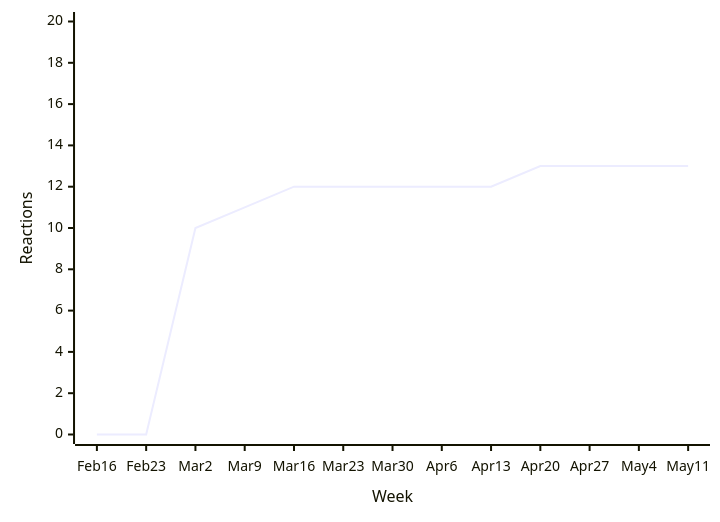
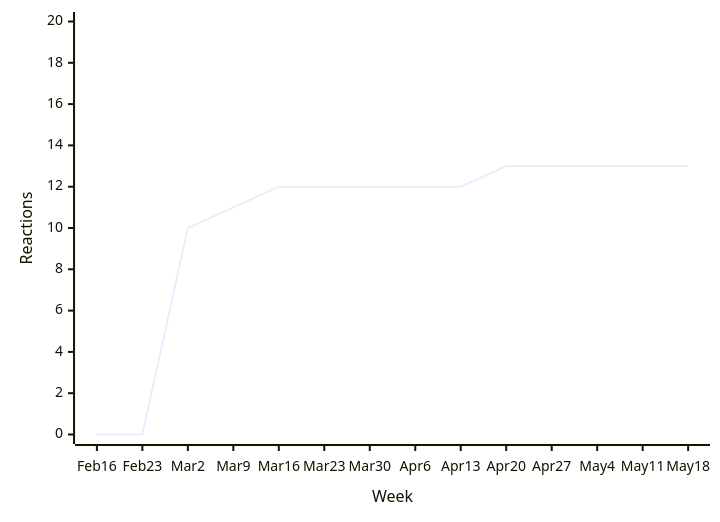
One commit to loic-sharma/github-insights changed diagram 13 of 49 in README.md. Above: the diagram before and after it, drawn with Mermaid. The commit also changed other lines of this file and 3 other files, not shown here.

````diff
--- a/README.md
+++ b/README.md
@@ -560,6 +543,6 @@
   ```mermaid
   xychart-beta
-    x-axis "Week" [Feb 16, Feb 23, Mar 2, Mar 9, Mar 16, Mar 23, Mar 30, Apr 6, Apr 13, Apr 20, Apr 27, May 4, May 11]
+    x-axis "Week" [Feb 16, Feb 23, Mar 2, Mar 9, Mar 16, Mar 23, Mar 30, Apr 6, Apr 13, Apr 20, Apr 27, May 4, May 11, May 18]
     y-axis "Reactions" 0 --> 20
-    line [0, 0, 10, 11, 12, 12, 12, 12, 12, 13, 13, 13, 13]
+    line [0, 0, 10, 11, 12, 12, 12, 12, 12, 13, 13, 13, 13, 13]
   ```
````
